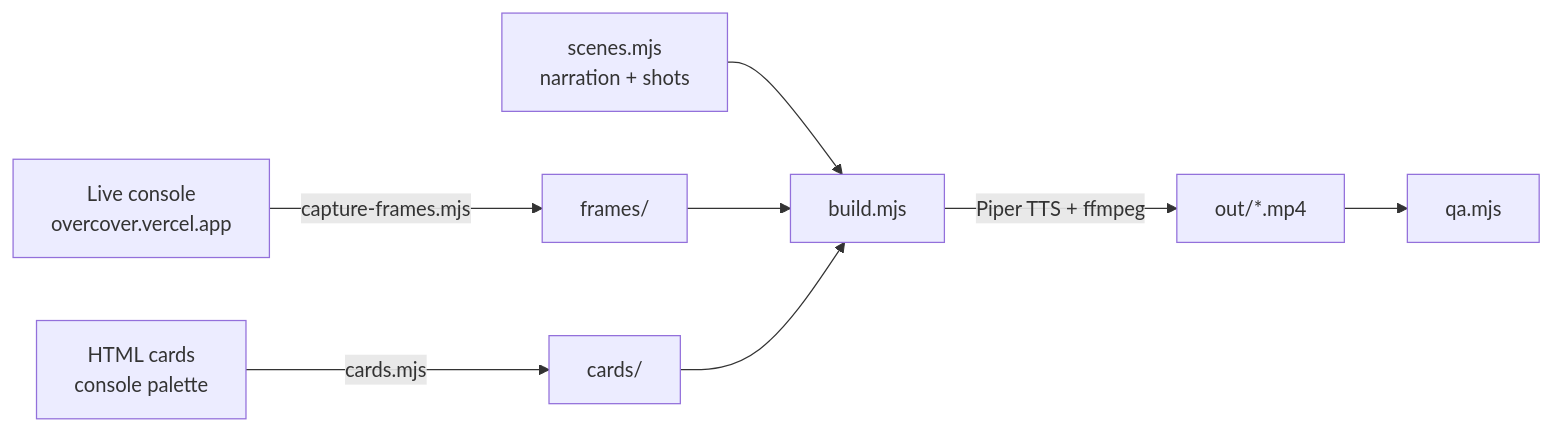
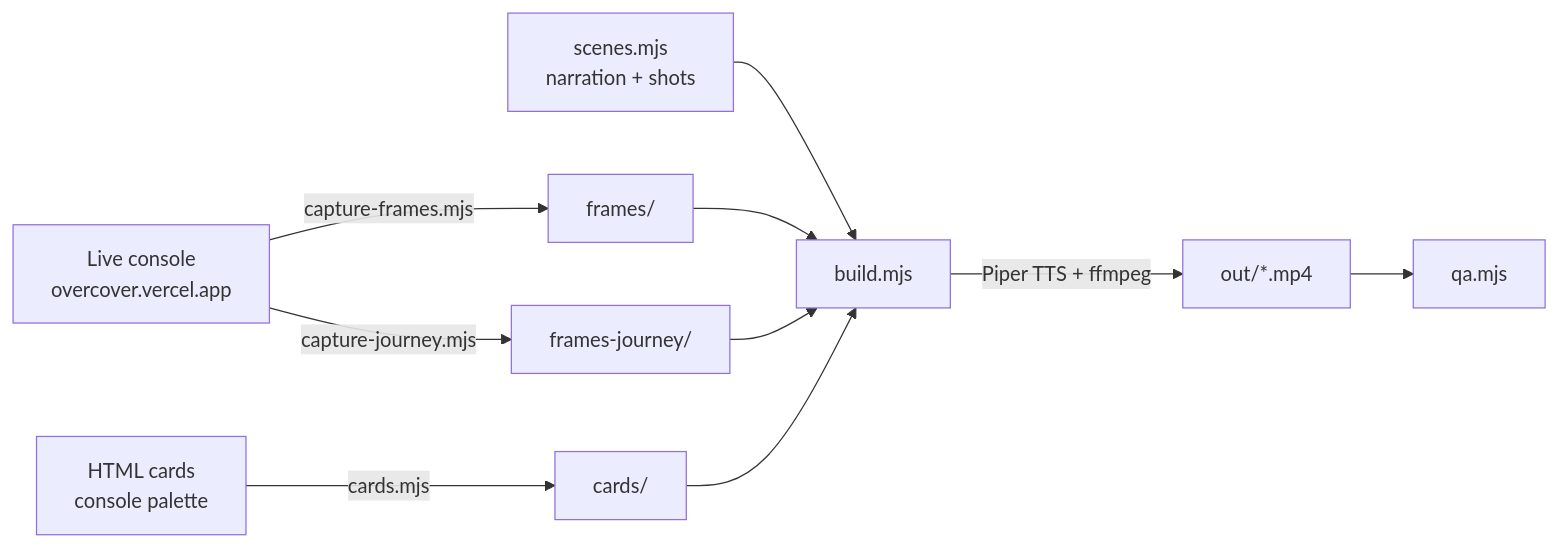
The diagram in reports/VIDEO_PR_BODY.md (itzebe/overcover), drawn with Mermaid before and after one commit. The commit also changed other lines of this file and 23 other files, not shown here.

````diff
--- a/reports/VIDEO_PR_BODY.md
+++ b/reports/VIDEO_PR_BODY.md
@@ -35,10 +40,12 @@
 ```mermaid
 flowchart LR
   A[Live console<br/>overcover.vercel.app] -->|capture-frames.mjs| F[frames/]
+  A -->|capture-journey.mjs| J[frames-journey/]
   H[HTML cards<br/>console palette] -->|cards.mjs| C[cards/]
   S[scenes.mjs<br/>narration + shots] --> B[build.mjs]
   F --> B
+  J --> B
   C --> B
   B -->|Piper TTS + ffmpeg| O[out/*.mp4]
   O --> Q[qa.mjs]
 ```
````
